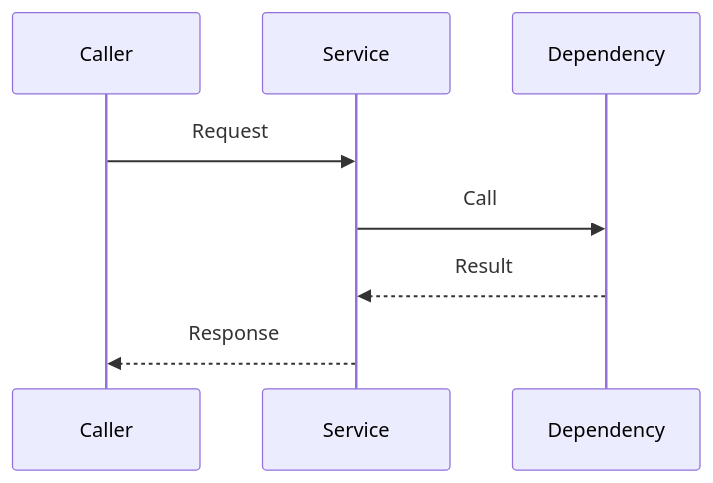
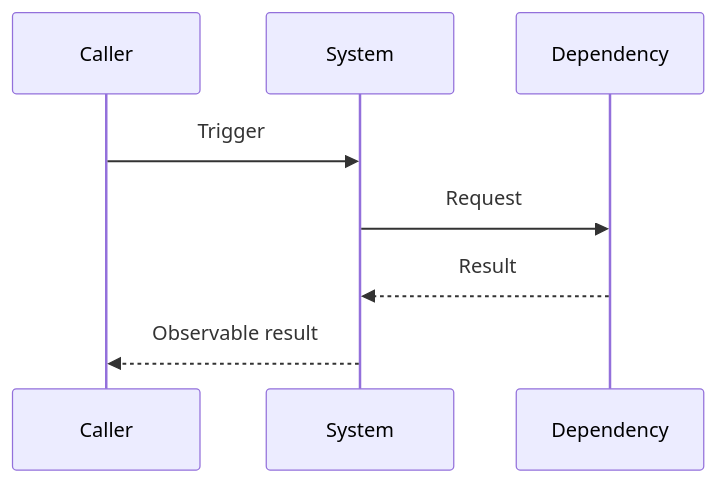
One commit to shichu2024/quick-sdd changed the third of 3 diagrams in skills/quick-sdd/templates/architecture.template.md. Above: the diagram before and after it, drawn with Mermaid. The commit also changed other lines of this file and 37 other files, not shown here.

Commit message:
refactor templates to code-backed version, revert architecture default to skip, add sdd-harness skills

````diff
--- a/skills/quick-sdd/templates/architecture.template.md
+++ b/skills/quick-sdd/templates/architecture.template.md
@@ -326,10 +250,10 @@
 ```mermaid
 sequenceDiagram
   participant Caller
-  participant Service
+  participant System
   participant Dependency
-  Caller->>Service: Request
-  Service->>Dependency: Call
-  Dependency-->>Service: Result
-  Service-->>Caller: Response
+  Caller->>System: Trigger
+  System->>Dependency: Request
+  Dependency-->>System: Result
+  System-->>Caller: Observable result
 ```
````
